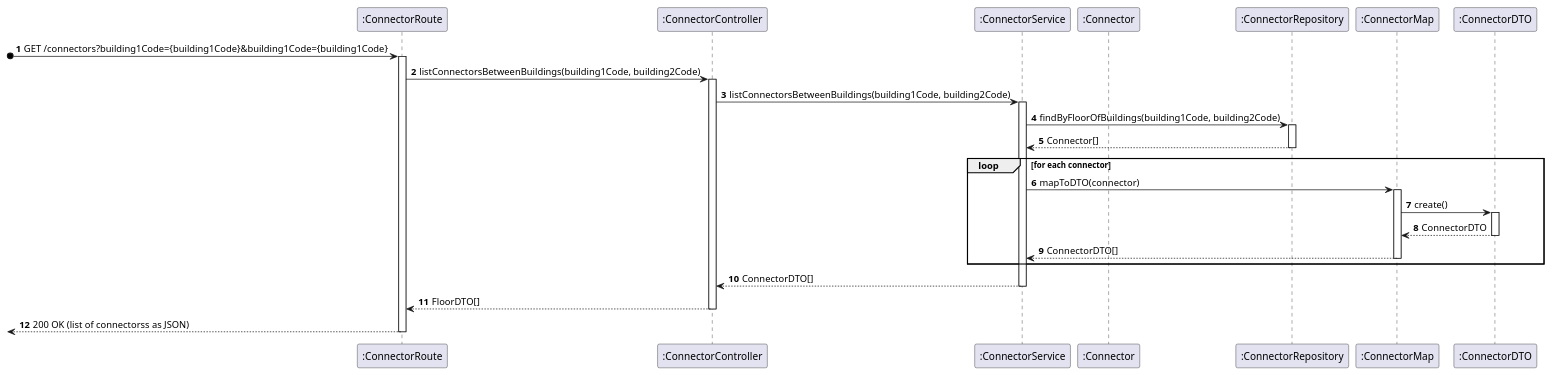
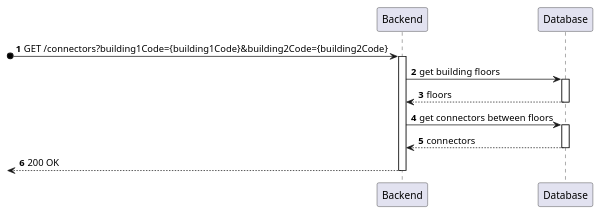
One commit to miseEnPlace-dev/lapr5 changed the diagram in _wiki/sprint-a/us12-260/views/level-3/us12-level3_processes.puml. Above: the diagram before and after it, drawn with PlantUML. The commit also changed 2 other files, not shown here.

```diff
--- a/_wiki/sprint-a/us12-260/views/level-3/us12-level3_processes.puml
+++ b/_wiki/sprint-a/us12-260/views/level-3/us12-level3_processes.puml
@@ -1,52 +1,23 @@
 @startuml us12-level3_processes
 autonumber
 
-participant ROUTE as ":ConnectorRoute"
-participant CTRL as ":ConnectorController"
-participant SVC as ":ConnectorService"
-participant E as ":Connector"
-participant REPO as ":ConnectorRepository"
-participant CMAP as ":ConnectorMap"
-participant DTO as ":ConnectorDTO"
+participant BE as "Backend"
+participant DB as "Database"
 
-?o-> ROUTE : GET /connectors?building1Code={building1Code}&building1Code={building1Code}
-activate ROUTE
+?o-> BE : GET /connectors?building1Code={building1Code}&building2Code={building2Code}
+activate BE
 
-  ROUTE -> CTRL : listConnectorsBetweenBuildings(building1Code, building2Code)
-  activate CTRL
+BE -> DB : get building floors
+activate DB
+DB --> BE : floors
+deactivate DB
 
-    CTRL -> SVC : listConnectorsBetweenBuildings(building1Code, building2Code)
-    activate SVC
+BE -> DB : get connectors between floors
+activate DB
+DB --> BE : connectors
+deactivate DB
 
-      SVC -> REPO : findByFloorOfBuildings(building1Code, building2Code)
-      activate REPO
-
-      REPO --> SVC : Connector[]
-      deactivate REPO
-
-      loop for each connector
-
-        SVC -> CMAP : mapToDTO(connector)
-        activate CMAP
-
-          CMAP -> DTO : create()
-          activate DTO
-
-          DTO --> CMAP : ConnectorDTO
-          deactivate DTO
-
-        CMAP --> SVC : ConnectorDTO[]
-        deactivate CMAP
-      
-      end
-
-    CTRL <-- SVC : ConnectorDTO[]
-    deactivate SVC
-
-  ROUTE <-- CTRL : FloorDTO[]
-  deactivate CTRL
-  
-<-- ROUTE : 200 OK (list of connectorss as JSON)
-deactivate ROUTE
+<-- BE : 200 OK
+deactivate BE
 
 @enduml
```
